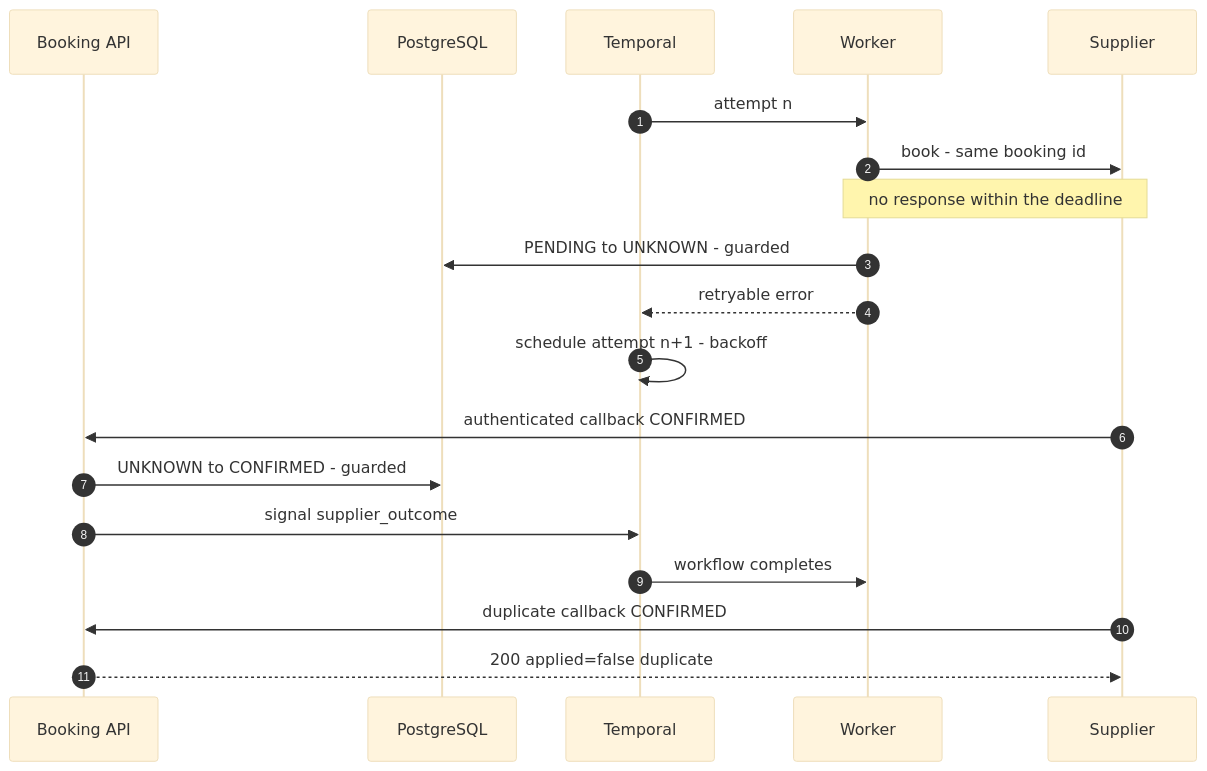
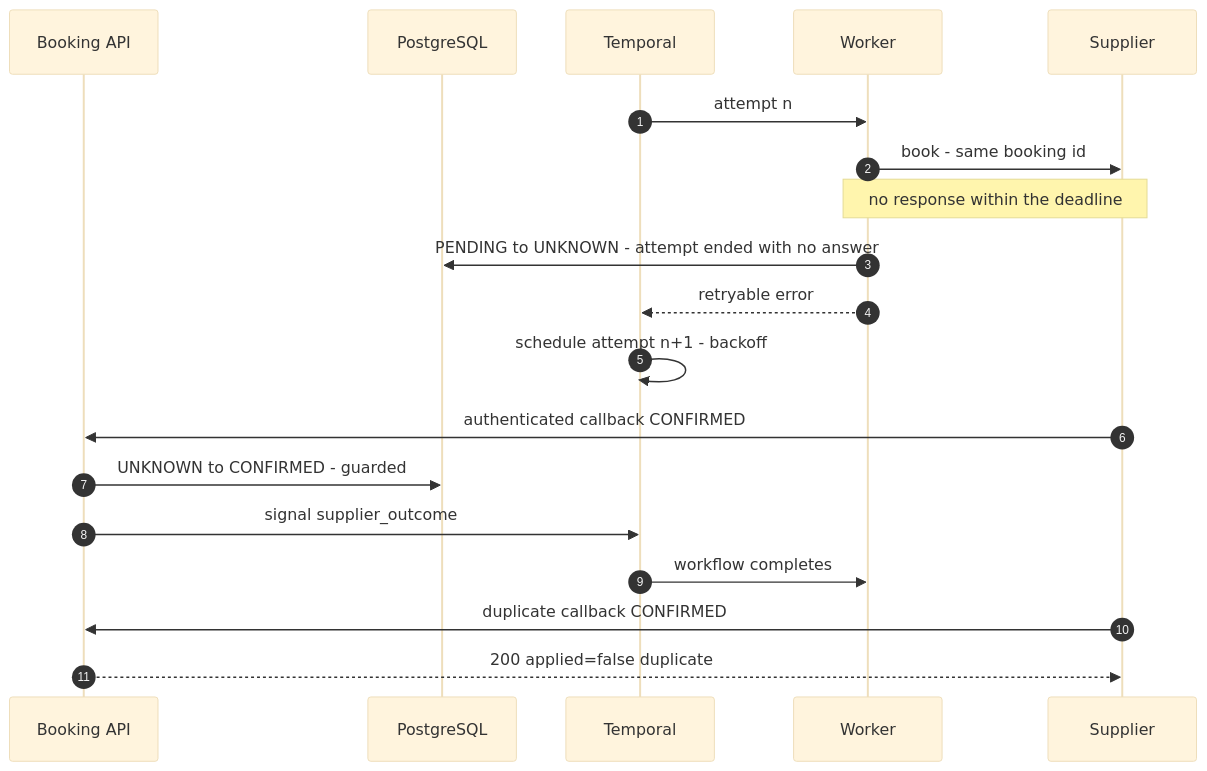
The sixth of 6 diagrams in docs/RFC.md (ridwanakf/booking-orchestration-service), drawn with Mermaid (base theme) before and after one commit. The commit also changed other lines of this file, not shown here.

````diff
--- a/docs/RFC.md
+++ b/docs/RFC.md
@@ -354,21 +568,21 @@
 ```mermaid
 sequenceDiagram
     autonumber
     participant A as Booking API
     participant P as PostgreSQL
     participant T as Temporal
     participant W as Worker
     participant S as Supplier
     T->>W: attempt n
     W->>S: book - same booking id
     Note over W,S: no response within the deadline
-    W->>P: PENDING to UNKNOWN - guarded
+    W->>P: PENDING to UNKNOWN - attempt ended with no answer
     W-->>T: retryable error
     T->>T: schedule attempt n+1 - backoff
     S->>A: authenticated callback CONFIRMED
     A->>P: UNKNOWN to CONFIRMED - guarded
     A->>T: signal supplier_outcome
     T->>W: workflow completes
     S->>A: duplicate callback CONFIRMED
     A-->>S: 200 applied=false duplicate
 ```
````
